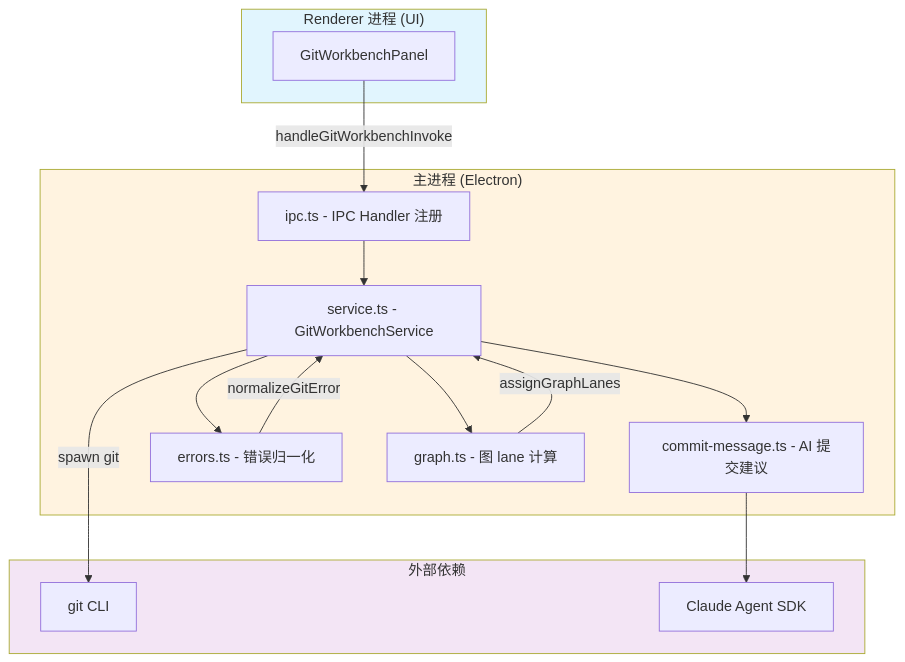
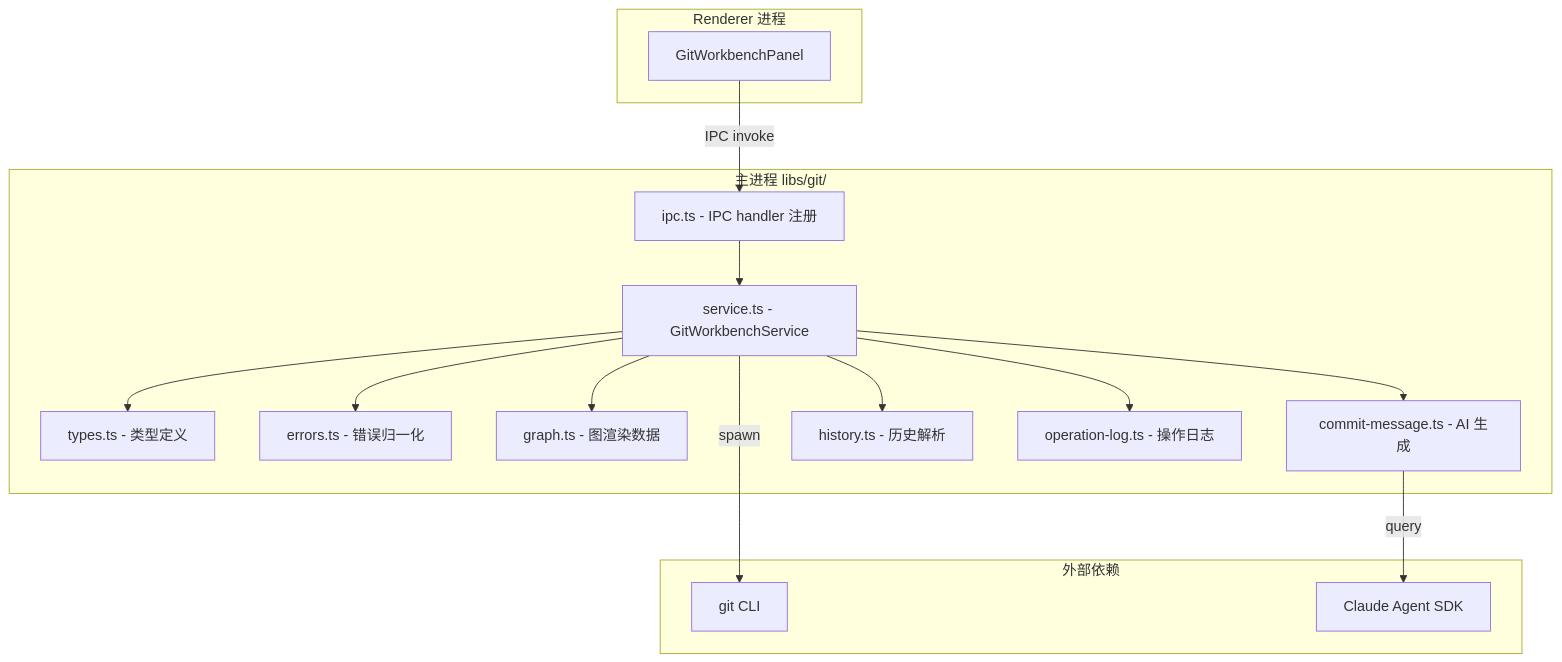
The first of 2 diagrams in .tech/repowiki/zh/content/核心模块规格/Git 工作台总览.md (lst016/tech-cc-hub), drawn with Mermaid before and after one commit. The commit also changed other lines of this file and 176 other files, not shown here.

````diff
--- a/.tech/repowiki/zh/content/核心模块规格/Git 工作台总览.md
+++ b/.tech/repowiki/zh/content/核心模块规格/Git 工作台总览.md
@@ -82,33 +55,33 @@
 ```mermaid
-flowchart TB
-    subgraph Renderer["Renderer 进程 (UI)"]
+flowchart TD
+    subgraph Renderer["Renderer 进程"]
         UI[GitWorkbenchPanel]
     end
 
-    subgraph Main["主进程 (Electron)"]
-        IPC[ipc.ts - IPC Handler 注册]
-        SVC[service.ts - GitWorkbenchService]
-        CM[commit-message.ts - AI 提交建议]
-        ERR[errors.ts - 错误归一化]
-        GRAPH[graph.ts - 图 lane 计算]
+    subgraph Main["主进程 libs/git/"]
+        IPC[ipc.ts - IPC handler 注册]
+        Service[service.ts - GitWorkbenchService]
+        Types[types.ts - 类型定义]
+        Errors[errors.ts - 错误归一化]
+        Graph[graph.ts - 图渲染数据]
+        CommitMsg[commit-message.ts - AI 生成]
+        History[history.ts - 历史解析]
+        OpLog[operation-log.ts - 操作日志]
     end
 
     subgraph External["外部依赖"]
-        CLI[git CLI]
-        SDK[Claude Agent SDK]
+        GitCLI[git CLI]
+        ClaudeSDK[Claude Agent SDK]
     end
 
-    UI -->|"handleGitWorkbenchInvoke"| IPC
-    IPC --> SVC
-    SVC -->|"spawn git"| CLI
-    SVC --> CM
-    CM --> SDK
-    SVC --> ERR
-    ERR -->|"normalizeGitError"| SVC
-    SVC --> GRAPH
-    GRAPH -->|"assignGraphLanes"| SVC
-
-    style Renderer fill:#e1f5fe
-    style Main fill:#fff3e0
-    style External fill:#f3e5f5
+    UI -->|IPC invoke| IPC
+    IPC --> Service
+    Service --> Types
+    Service --> Errors
+    Service --> Graph
+    Service --> CommitMsg
+    Service --> History
+    Service --> OpLog
+    Service -->|spawn| GitCLI
+    CommitMsg -->|query| ClaudeSDK
 ```
````
